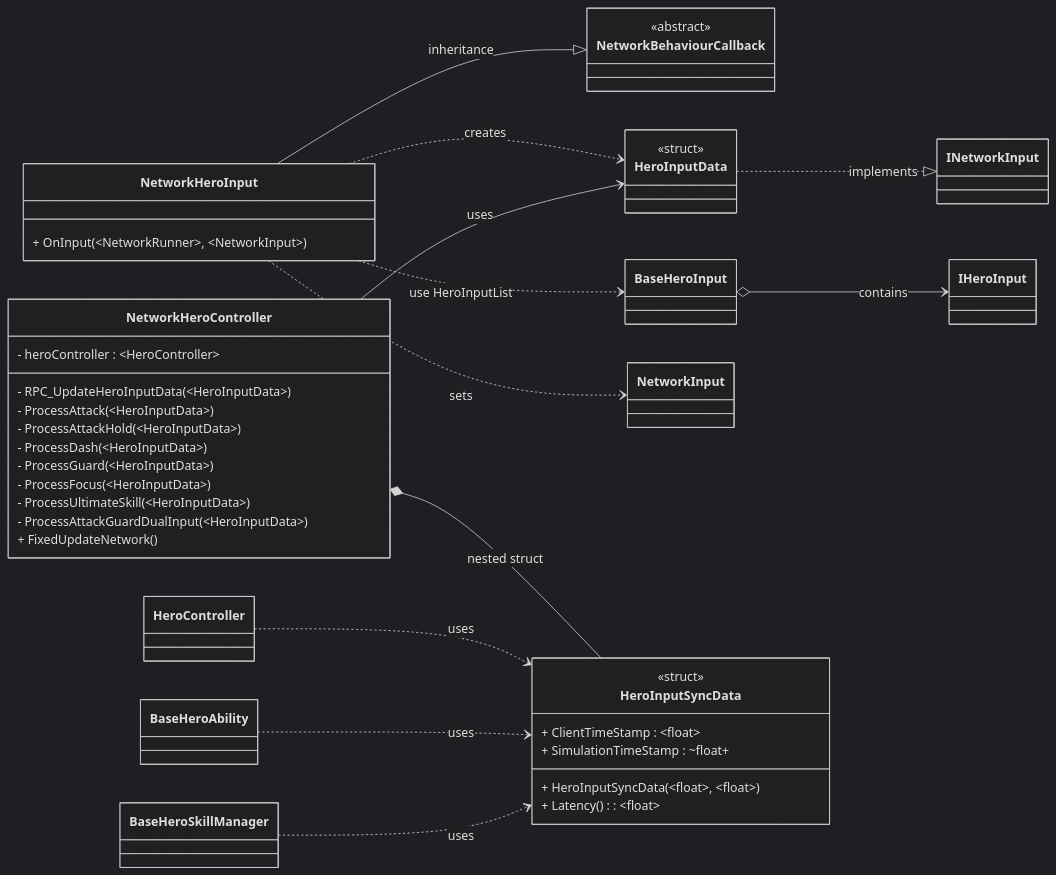
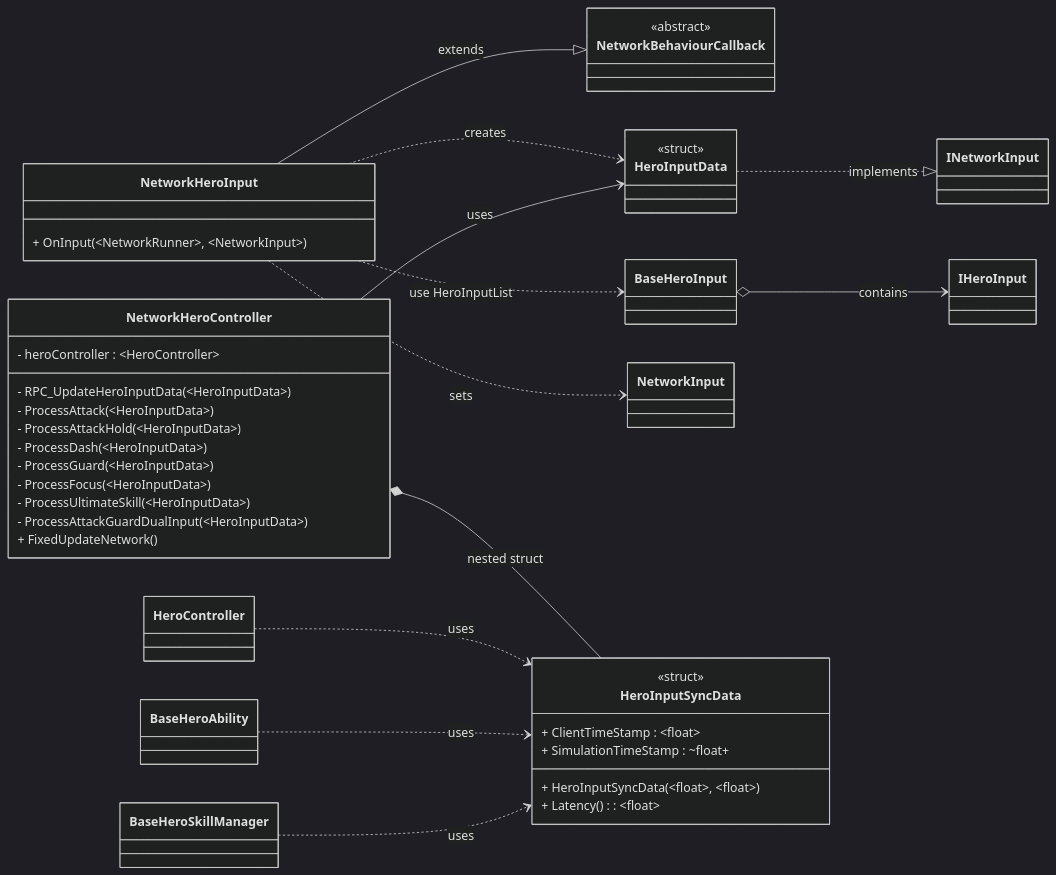
One commit to CosmicGiantKoala/CosmicGiantKoala.github.io changed the fourth of 4 diagrams in content/docs/Projects/Rfist/HeroNetworkSystem/Overview.md. Above: the diagram before and after it, drawn with Mermaid (dark theme). The commit also changed other lines of this file and 31 other files, not shown here.

````diff
--- a/content/docs/Projects/Rfist/HeroNetworkSystem/Overview.md
+++ b/content/docs/Projects/Rfist/HeroNetworkSystem/Overview.md
@@ -459,49 +465,49 @@
 ```mermaid
 classDiagram
     direction LR
     class NetworkBehaviourCallback{
         <<abstract>>
     }
-    NetworkHeroInput --|> NetworkBehaviourCallback : inheritance
+    NetworkHeroInput --|> NetworkBehaviourCallback : extends
     
     class NetworkHeroInput {
         + OnInput(~NetworkRunner~, ~NetworkInput~)
     }
     NetworkHeroInput ..> HeroInputData : creates
     HeroInputData ..|> INetworkInput : implements
     NetworkHeroInput ..> BaseHeroInput : use HeroInputList
     BaseHeroInput o--> IHeroInput : contains
     NetworkHeroInput ..> NetworkInput : sets
     
     class NetworkHeroController {
         - heroController : ~HeroController~
         - RPC_UpdateHeroInputData(~HeroInputData~)
         - ProcessAttack(~HeroInputData~)
         - ProcessAttackHold(~HeroInputData~)
         - ProcessDash(~HeroInputData~)
         - ProcessGuard(~HeroInputData~)
         - ProcessFocus(~HeroInputData~)
         - ProcessUltimateSkill(~HeroInputData~)
         - ProcessAttackGuardDualInput(~HeroInputData~)
         + FixedUpdateNetwork()
     }
     NetworkHeroController --> HeroInputData : uses
     NetworkHeroController *-- HeroInputSyncData : nested struct
         class HeroInputSyncData{
         <<struct>>
         + ClientTimeStamp : ~float~
         + SimulationTimeStamp : ~float+
         + HeroInputSyncData(~float~, ~float~)
         + Latency() : ~float~
     }
     
     HeroController ..> HeroInputSyncData : uses 
     BaseHeroAbility ..> HeroInputSyncData : uses
     BaseHeroSkillManager ..> HeroInputSyncData : uses
     
     
     class HeroInputData {
         <<struct>>
     }
 
 ```
````
